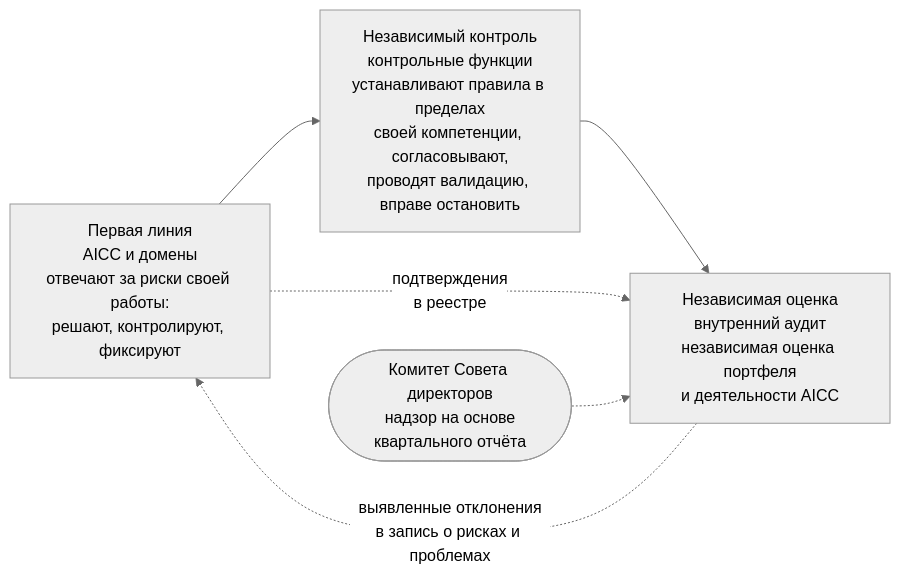
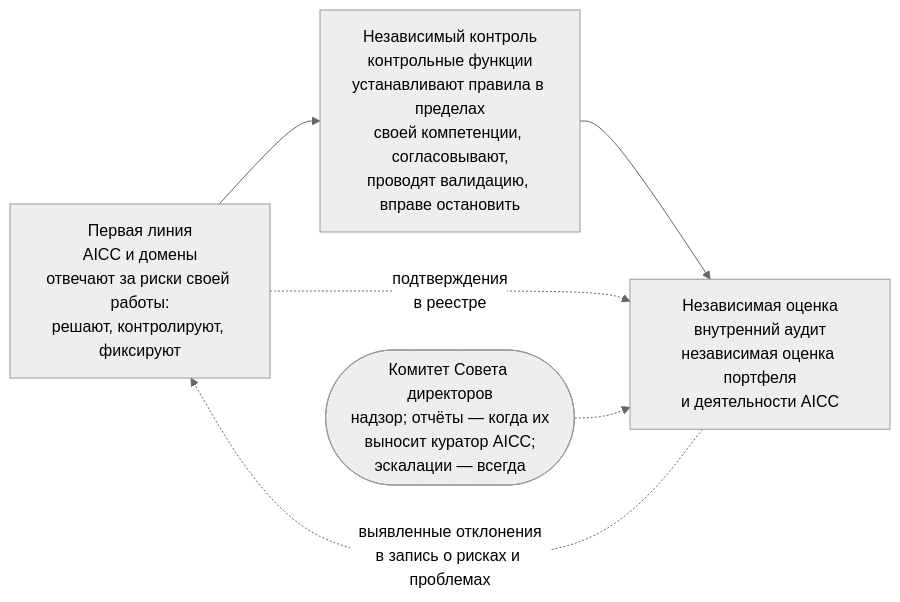
Before and after one commit to devhogu/ob-aicc: the diagram in portal/content/ru/governance/records-evidence-and-assurance.md, drawn with Mermaid (neutral theme). The commit also changed other lines of this file and 150 other files, not shown here.

````diff
--- a/portal/content/ru/governance/records-evidence-and-assurance.md
+++ b/portal/content/ru/governance/records-evidence-and-assurance.md
@@ -31,8 +31,8 @@
 ```mermaid
 flowchart LR
   L1["Первая линия<br/>AICC и домены<br/>отвечают за риски своей работы:<br/>решают, контролируют, фиксируют"] --> L2["Независимый контроль<br/>контрольные функции<br/>устанавливают правила в пределах<br/>своей компетенции, согласовывают,<br/>проводят валидацию, вправе остановить"]
   L2 --> L3["Независимая оценка<br/>внутренний аудит<br/>независимая оценка портфеля<br/>и деятельности AICC"]
   L1 -.->|"подтверждения<br/>в реестре"| L3
   L3 -.->|"выявленные отклонения<br/>в запись о рисках и проблемах"| L1
-  B(["Комитет Совета директоров<br/>надзор на основе<br/>квартального отчёта"]) -.-> L3
+  B(["Комитет Совета директоров<br/>надзор; отчёты — когда их<br/>выносит куратор AICC;<br/>эскалации — всегда"]) -.-> L3
 ```
````
